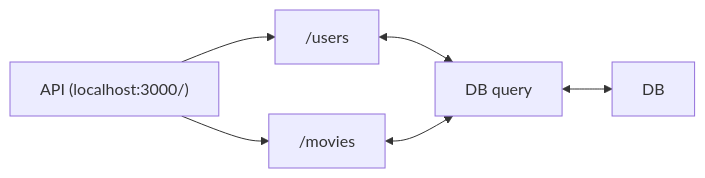
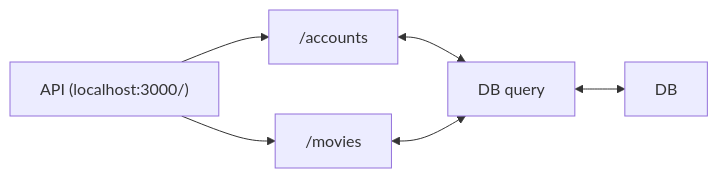
The diagram in README.md (25KMO-WebProject/TheRedCarpet), drawn with Mermaid before and after one commit.

Commit message:
Add '/accounts' endpoint to API diagram
Updated API endpoints in the diagram.

````diff
--- a/README.md
+++ b/README.md
@@ -32,9 +32,9 @@
 ```mermaid
 graph LR
     B["API (localhost:3000/)"]
-    B --> C["/users"]
+    B --> C["/accounts"]
     B --> D["/movies"]
     C <--> E["DB query"]
     D <--> E
     E <--> G[DB]
 ```
````
